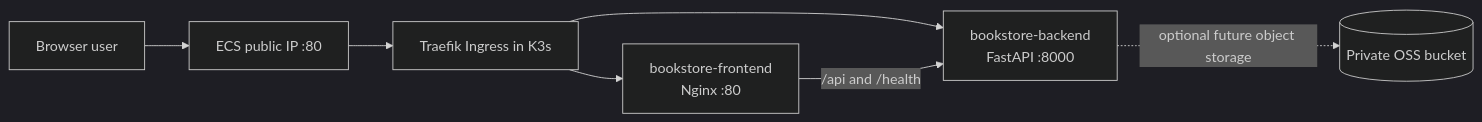
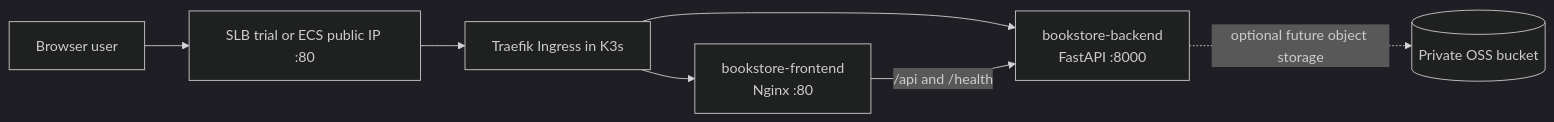
The first of 3 diagrams in docs/architecture.md (xxseehome/cloud-native-online-bookstore), drawn with Mermaid (dark theme) before and after one commit. The commit also changed other lines of this file and 16 other files, not shown here.

Commit message:
feat(terraform): integrate optional SLB trial

````diff
--- a/docs/architecture.md
+++ b/docs/architecture.md
@@ -10,9 +10,9 @@
 ```mermaid
 flowchart LR
-    User[Browser user] --> IP[ECS public IP :80]
-    IP --> Traefik[Traefik Ingress in K3s]
+    User[Browser user] --> Entry[SLB trial or ECS public IP :80]
+    Entry --> Traefik[Traefik Ingress in K3s]
     Traefik --> Frontend[bookstore-frontend\nNginx :80]
     Traefik --> Backend[bookstore-backend\nFastAPI :8000]
     Frontend -->|/api and /health| Backend
     Backend -.->|optional future object storage| OSS[(Private OSS bucket)]
 ```
````
